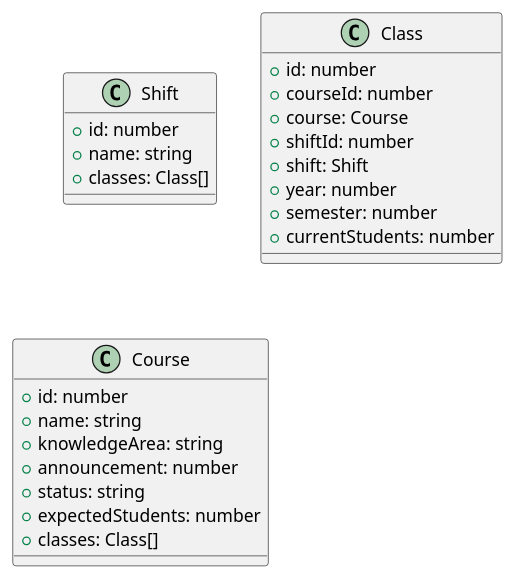
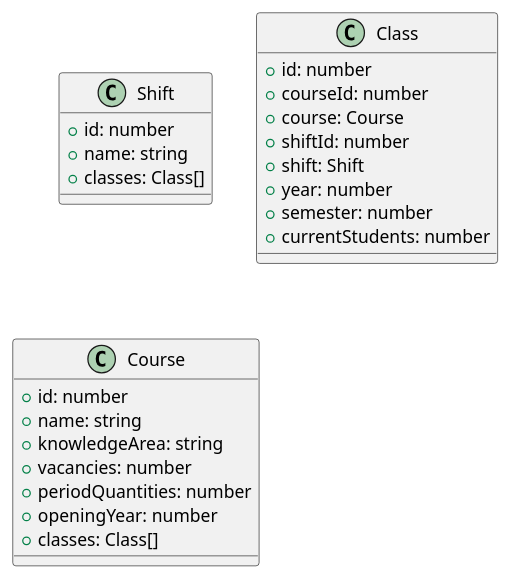
One commit to Grupo-5-Biopark/grupo05 changed the diagram in docs/uml/courses.puml. Above: the diagram before and after it, drawn with PlantUML. The commit also changed 12 other files, not shown here.

```diff
--- a/docs/uml/courses.puml
+++ b/docs/uml/courses.puml
@@ -1,26 +1,26 @@
 @startuml
 class Shift {
     +id: number
     +name: string
     +classes: Class[]
 }
 class Class {
     +id: number
     +courseId: number
     +course: Course
     +shiftId: number
     +shift: Shift
     +year: number
     +semester: number
     +currentStudents: number
 }
 class Course {
     +id: number
     +name: string
     +knowledgeArea: string
-    +announcement: number
-    +status: string
-    +expectedStudents: number
+    +vacancies: number
+    +periodQuantities: number
+    +openingYear: number
     +classes: Class[]
 }
 @enduml
```
